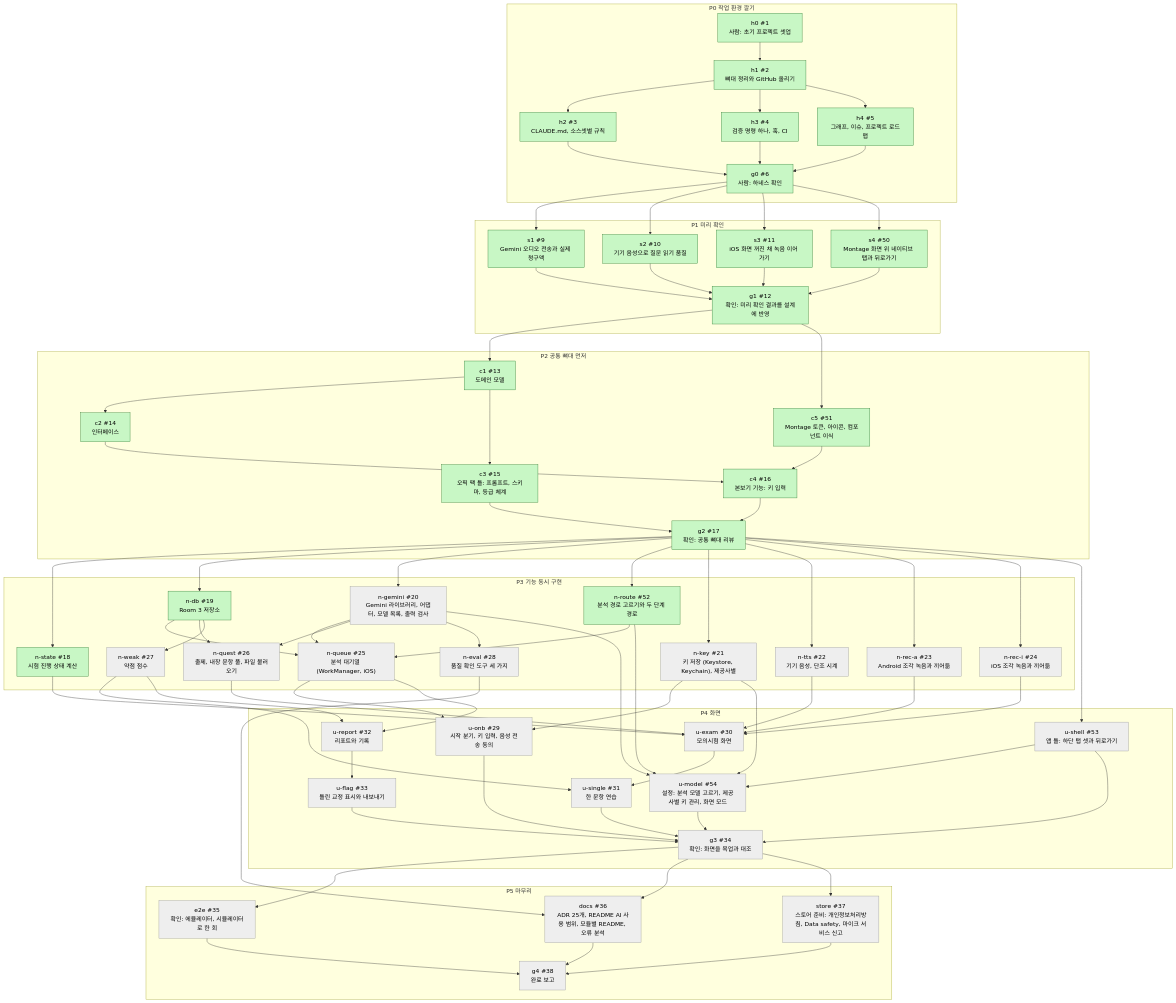
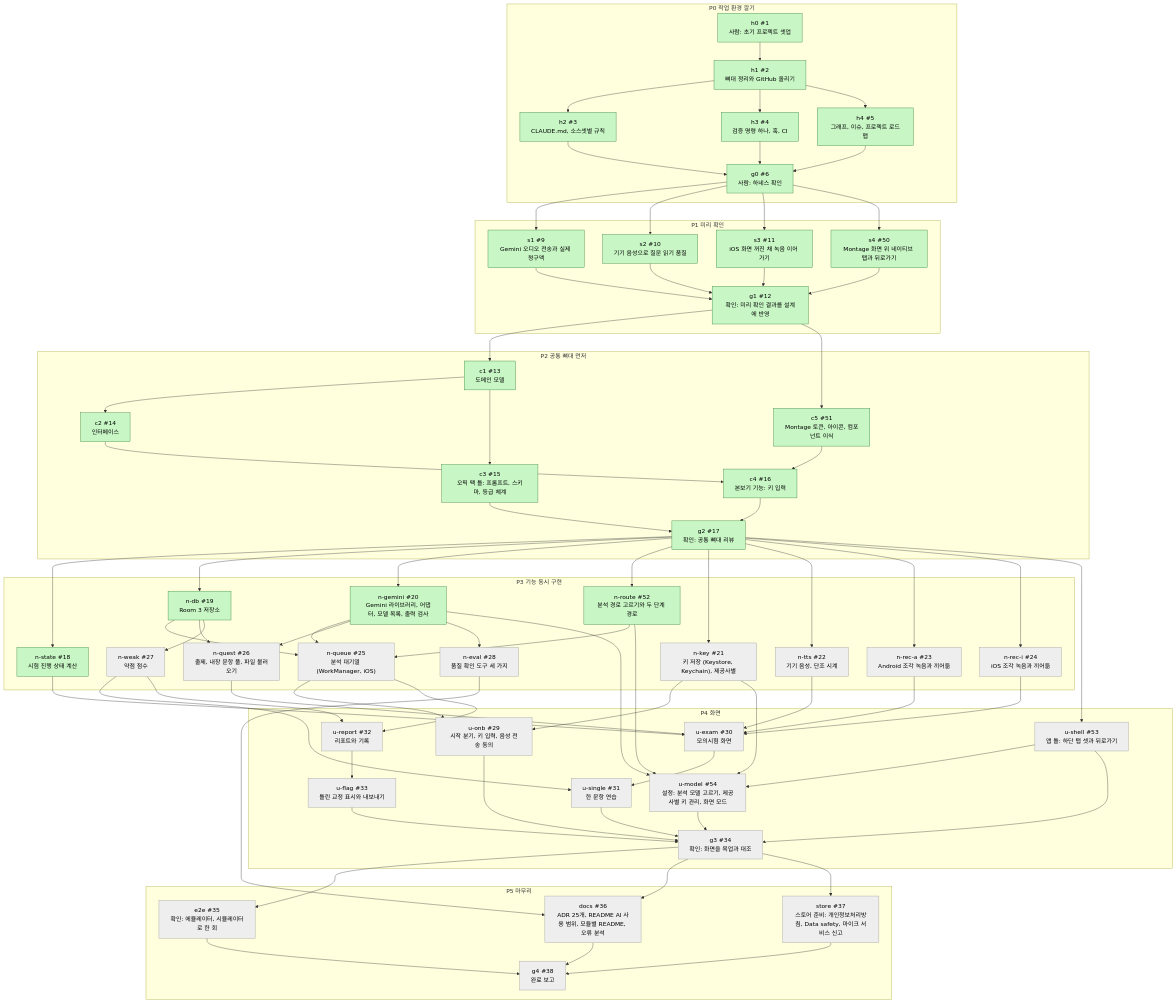
The first of 2 diagrams in docs/graph/dev-graph.md (nosorae/AiOpicSelfStudy), drawn with Mermaid before and after one commit. The commit also changed other lines of this file and 19 other files, not shown here.

````diff
--- a/docs/graph/dev-graph.md
+++ b/docs/graph/dev-graph.md
@@ -127,9 +127,9 @@
   docs --> g4
   store --> g4
   classDef todo fill:#eeeeee,stroke:#999999,color:#000
-  class n_gemini,n_key,n_tts,n_rec_a,n_rec_i,n_queue,n_quest,n_weak,n_eval,u_onb,u_shell,u_exam,u_single,u_report,u_flag,u_model,g3,e2e,docs,store,g4 todo
+  class n_key,n_tts,n_rec_a,n_rec_i,n_queue,n_quest,n_weak,n_eval,u_onb,u_shell,u_exam,u_single,u_report,u_flag,u_model,g3,e2e,docs,store,g4 todo
   classDef doing fill:#fff3b0,stroke:#d4a017,color:#000
   classDef done fill:#c8f7c5,stroke:#2e7d32,color:#000
-  class h0,h1,h2,h3,h4,g0,s1,s2,s3,s4,g1,c1,c2,c3,c5,c4,g2,n_state,n_db,n_route done
+  class h0,h1,h2,h3,h4,g0,s1,s2,s3,s4,g1,c1,c2,c3,c5,c4,g2,n_state,n_db,n_gemini,n_route done
   classDef blocked fill:#ffcdd2,stroke:#c62828,color:#000
 ```
````
